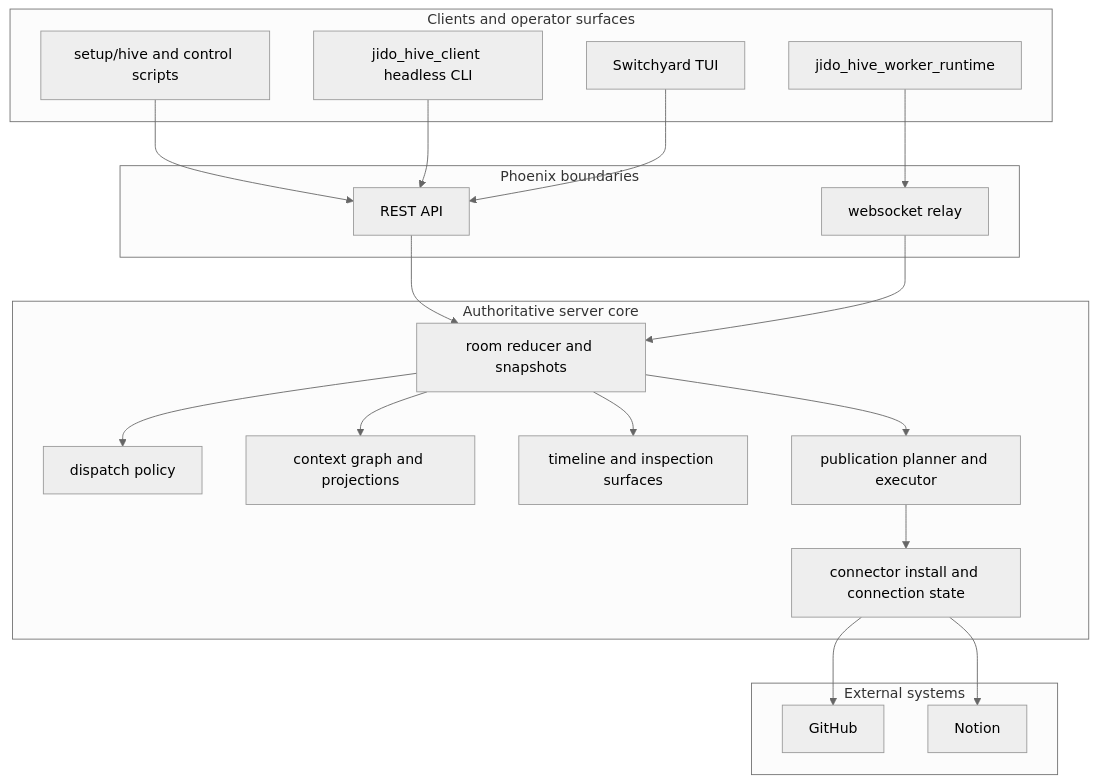
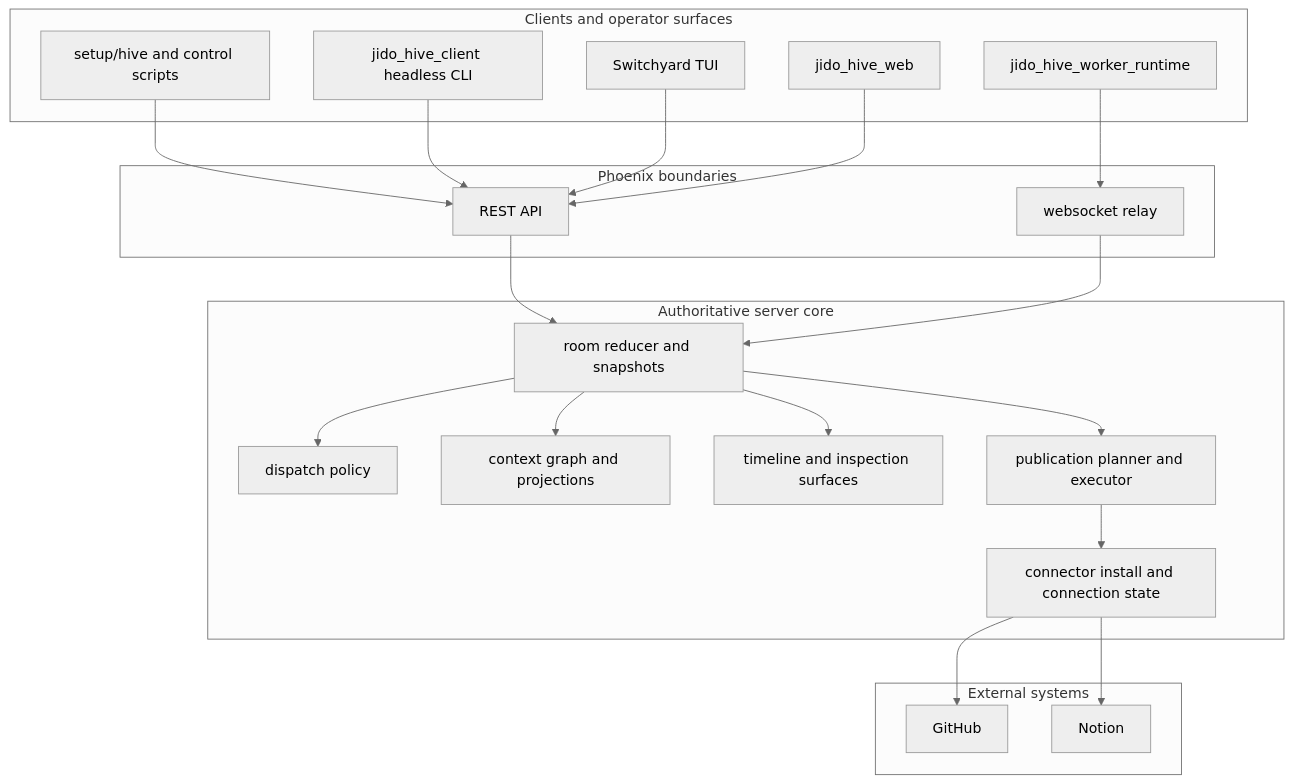
The diagram in jido_hive_server/README.md (nshkrdotcom/jido_hive), drawn with Mermaid (neutral theme) before and after one commit. The commit also changed other lines of this file and 72 other files, not shown here.

````diff
--- a/jido_hive_server/README.md
+++ b/jido_hive_server/README.md
@@ -60,42 +61,44 @@
 ```mermaid
 flowchart TB
     subgraph Surfaces[Clients and operator surfaces]
       Control[setup/hive and control scripts]
       Headless[jido_hive_client headless CLI]
       Console[Switchyard TUI]
+      Web[jido_hive_web]
       Workers[jido_hive_worker_runtime]
     end
 
     subgraph Transport[Phoenix boundaries]
       API[REST API]
       Relay[websocket relay]
     end
 
     subgraph Core[Authoritative server core]
       Rooms[room reducer and snapshots]
       Policy[dispatch policy]
       Context[context graph and projections]
       Timeline[timeline and inspection surfaces]
       Publish[publication planner and executor]
       Connectors[connector install and connection state]
     end
 
     subgraph External[External systems]
       GitHub[GitHub]
       Notion[Notion]
     end
 
     Control --> API
     Headless --> API
     Console --> API
+    Web --> API
     Workers --> Relay
     API --> Rooms
     Relay --> Rooms
     Rooms --> Policy
     Rooms --> Context
     Rooms --> Timeline
     Rooms --> Publish
     Publish --> Connectors
     Connectors --> GitHub
     Connectors --> Notion
 ```
````
